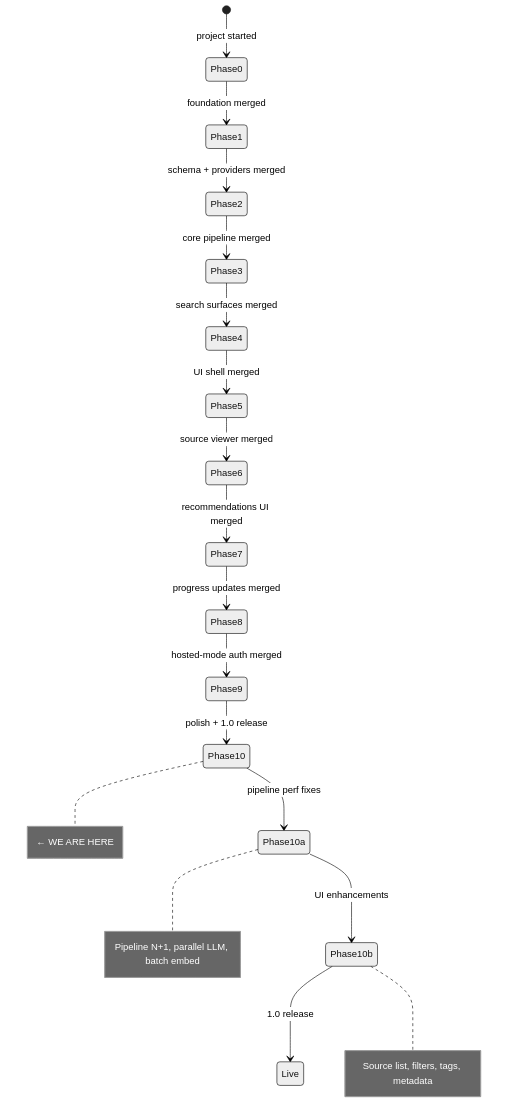
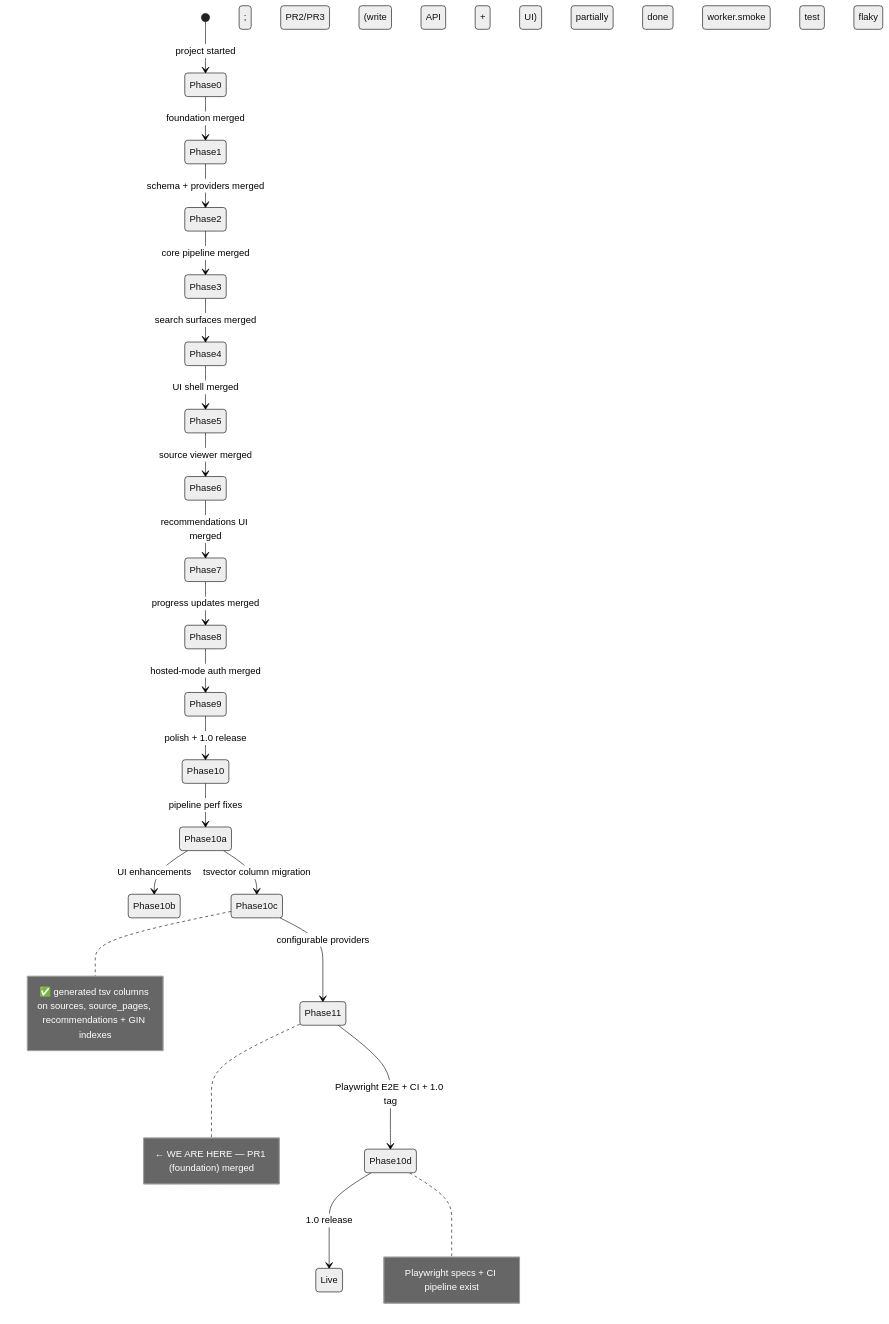
One commit to dataforaction-tom/open-recs-local changed the diagram in STATE.md. Above: the diagram before and after it, drawn with Mermaid (neutral theme). The commit also changed other lines of this file and 3 other files, not shown here.

````diff
--- a/STATE.md
+++ b/STATE.md
@@ -7,21 +7,24 @@
 ```mermaid
 stateDiagram-v2
     [*] --> Phase0: project started
     Phase0 --> Phase1: foundation merged
     Phase1 --> Phase2: schema + providers merged
     Phase2 --> Phase3: core pipeline merged
     Phase3 --> Phase4: search surfaces merged
     Phase4 --> Phase5: UI shell merged
     Phase5 --> Phase6: source viewer merged
     Phase6 --> Phase7: recommendations UI merged
     Phase7 --> Phase8: progress updates merged
     Phase8 --> Phase9: hosted-mode auth merged
     Phase9 --> Phase10: polish + 1.0 release
     Phase10 --> Phase10a: pipeline perf fixes
     Phase10a --> Phase10b: UI enhancements
-    Phase10b --> Live: 1.0 release
+    Phase10a --> Phase10c: tsvector column migration
+    Phase10c --> Phase11: configurable providers
+    Phase11 --> Phase10d: Playwright E2E + CI + 1.0 tag
+    Phase10d --> Live: 1.0 release
 
-    note right of Phase10: ← WE ARE HERE
-    note right of Phase10a: Pipeline N+1, parallel LLM, batch embed
-    note right of Phase10b: Source list, filters, tags, metadata
+    note right of Phase10c: ✅ generated tsv columns on sources, source_pages, recommendations + GIN indexes
+    note right of Phase11: ← WE ARE HERE — PR1 (foundation) merged; PR2/PR3 (write API + UI) partially done
+    note right of Phase10d: Playwright specs + CI pipeline exist; worker.smoke test flaky
 ```
````
